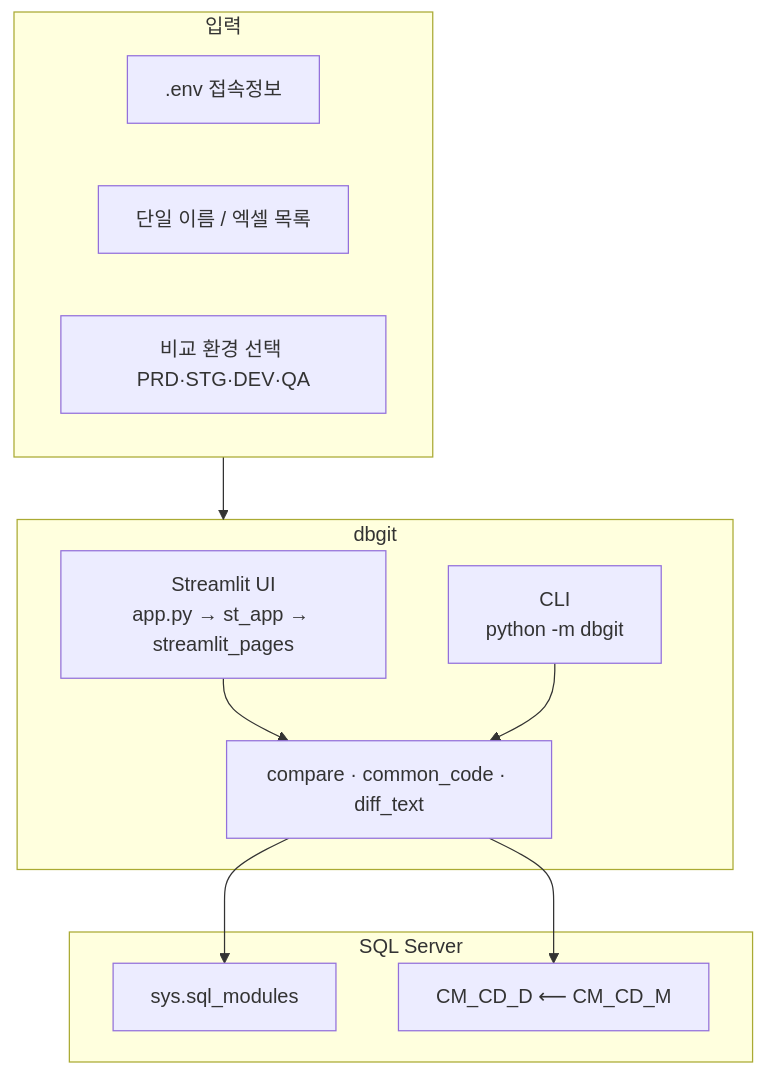
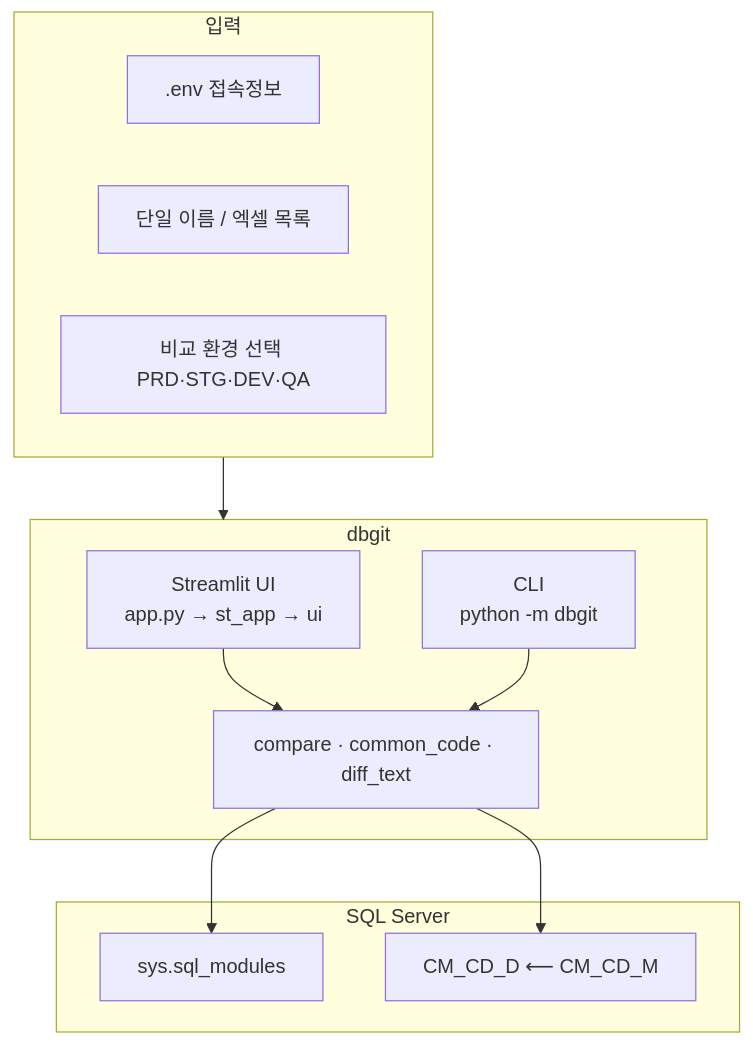
The diagram in README.md (eunwing94/dbgit), drawn with Mermaid before and after one commit. The commit also changed 18 other files, not shown here.

````diff
--- a/README.md
+++ b/README.md
@@ -80,25 +80,25 @@
 ```mermaid
 flowchart TB
   subgraph input["입력"]
     A1[".env 접속정보"]
     A2["단일 이름 / 엑셀 목록"]
     A3["비교 환경 선택 PRD·STG·DEV·QA"]
   end
 
   subgraph app["dbgit"]
-    B1["Streamlit UI<br/>app.py → st_app → streamlit_pages"]
+    B1["Streamlit UI<br/>app.py → st_app → ui"]
     B2["CLI<br/>python -m dbgit"]
     B3["compare · common_code · diff_text"]
   end
 
   subgraph db["SQL Server"]
     C1["sys.sql_modules"]
     C2["CM_CD_D ⟵ CM_CD_M"]
   end
 
   input --> app
   B1 --> B3
   B2 --> B3
   B3 --> C1
   B3 --> C2
 ```
````
